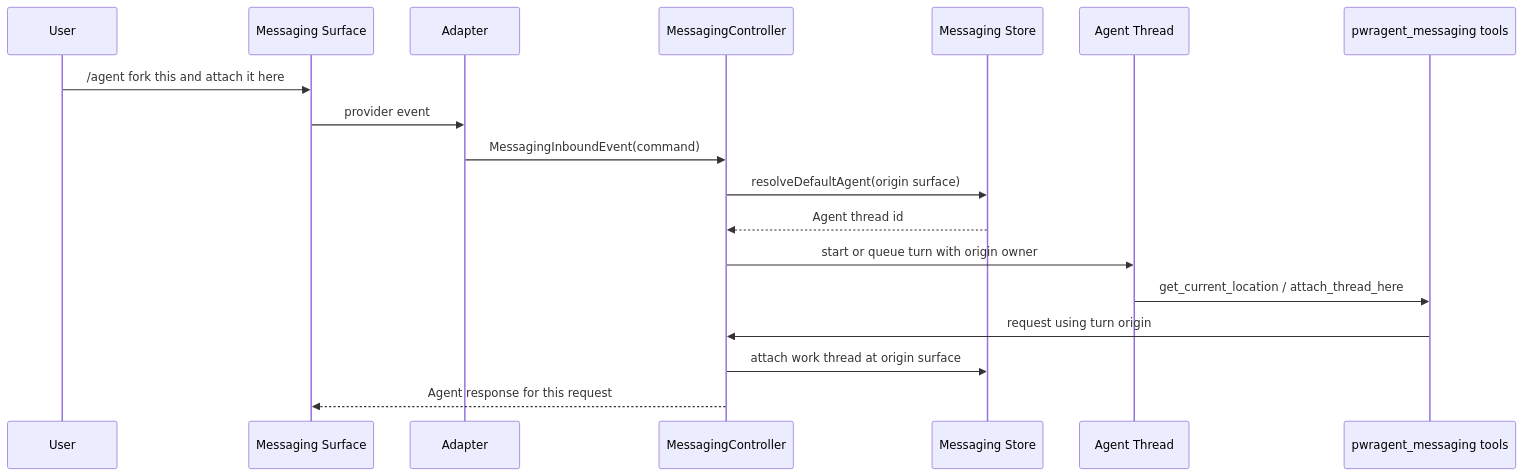
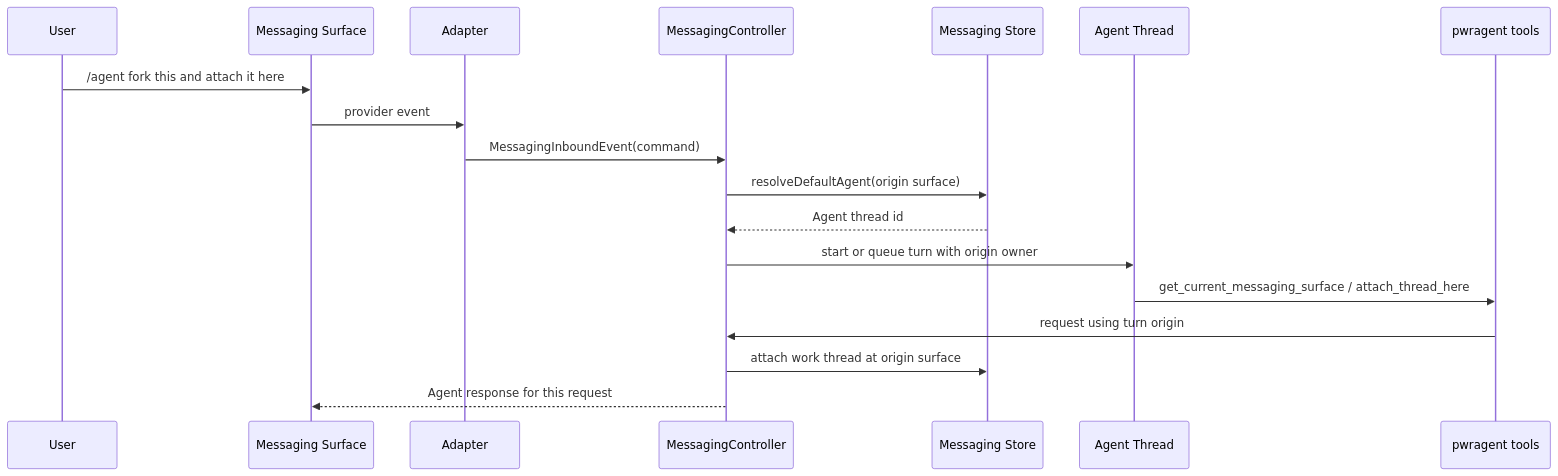
The first of 3 diagrams in docs/plans/2026-06-17-002-feat-default-agent-control-routing-plan.md (pwrdrvr/PwrAgent), drawn with Mermaid before and after one commit. The commit also changed other lines of this file and 1 other file, not shown here.

Commit message:
docs(messaging): align default Agent tool names

````diff
--- a/docs/plans/2026-06-17-002-feat-default-agent-control-routing-plan.md
+++ b/docs/plans/2026-06-17-002-feat-default-agent-control-routing-plan.md
@@ -83,21 +83,21 @@
 ```mermaid
 sequenceDiagram
   participant User
   participant Surface as Messaging Surface
   participant Adapter
   participant Controller as MessagingController
   participant Store as Messaging Store
   participant Agent as Agent Thread
-  participant Tools as pwragent_messaging tools
+  participant Tools as pwragent tools
 
   User->>Surface: /agent fork this and attach it here
   Surface->>Adapter: provider event
   Adapter->>Controller: MessagingInboundEvent(command)
   Controller->>Store: resolveDefaultAgent(origin surface)
   Store-->>Controller: Agent thread id
   Controller->>Agent: start or queue turn with origin owner
-  Agent->>Tools: get_current_location / attach_thread_here
+  Agent->>Tools: get_current_messaging_surface / attach_thread_here
   Tools->>Controller: request using turn origin
   Controller->>Store: attach work thread at origin surface
   Controller-->>Surface: Agent response for this request
 ```
````
